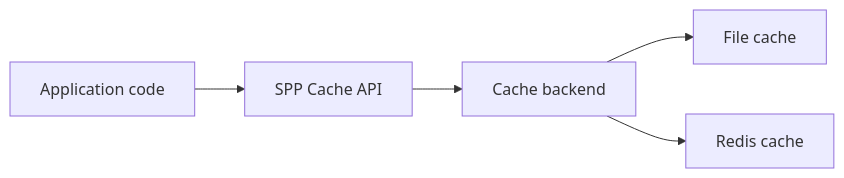
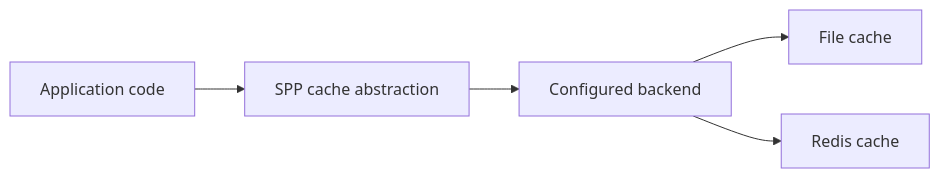
Before and after one commit to shuklasp/spp: the second of 6 diagrams in documentation/handbook/18-cache-logging-workflow.md, drawn with Mermaid. The commit also changed other lines of this file, not shown here.

Commit message:
Deep rewrite cache logging workflow for beginner-to-advanced

````diff
--- a/documentation/handbook/18-cache-logging-workflow.md
+++ b/documentation/handbook/18-cache-logging-workflow.md
@@ -39,7 +65,7 @@
 ```mermaid
 flowchart LR
-    A[Application code] --> B[SPP Cache API]
-    B --> C[Cache backend]
+    A[Application code] --> B[SPP cache abstraction]
+    B --> C[Configured backend]
     C --> D[File cache]
     C --> E[Redis cache]
 ```
````
